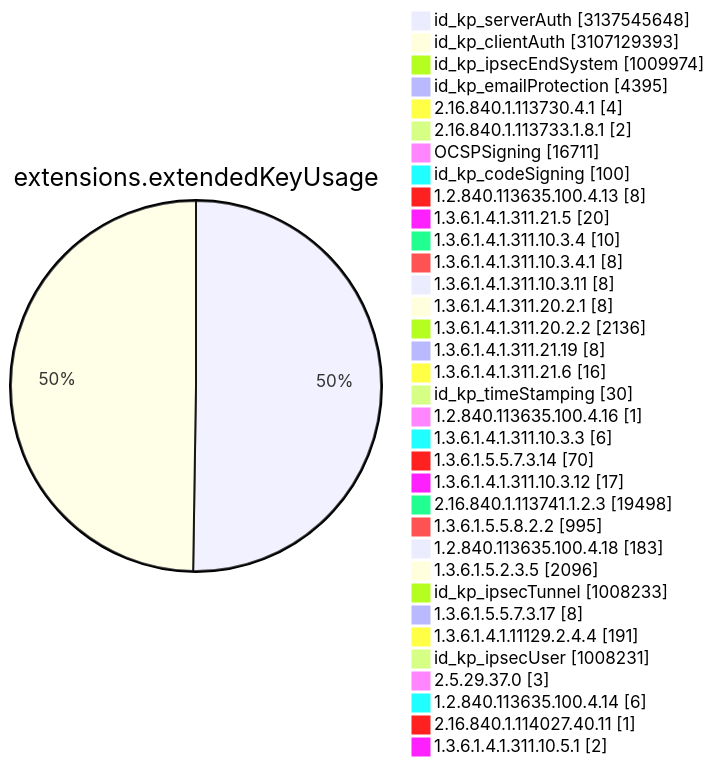
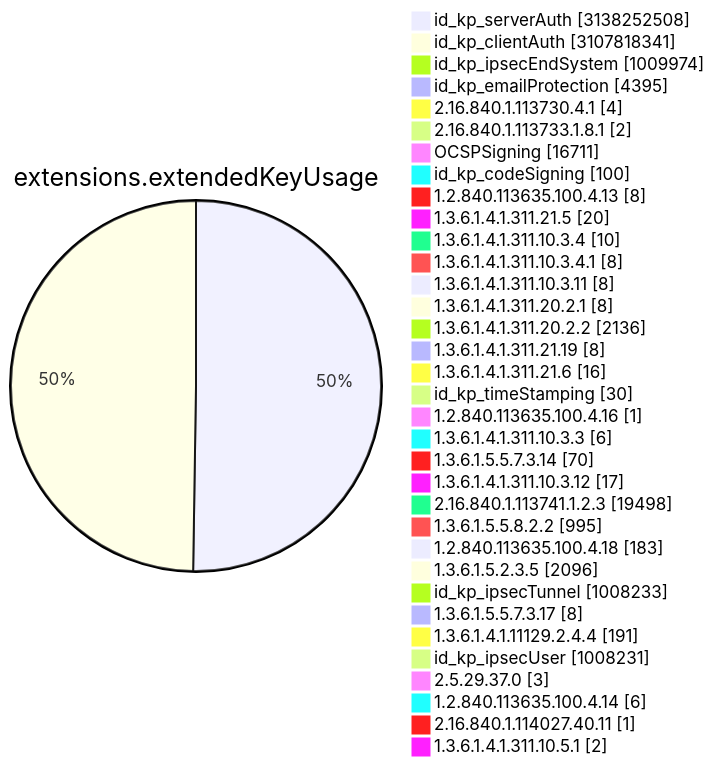
Diagram 11 of 15 in TOTAL/README.md (christiankrug/ctmonitor_visualization), drawn with Mermaid before and after one commit. The commit also changed other lines of this file, not shown here.

````diff
--- a/TOTAL/README.md
+++ b/TOTAL/README.md
@@ -4119,38 +4119,38 @@
 ```mermaid
 pie showData
 title extensions.extendedKeyUsage
-"id_kp_serverAuth" :3137545648
-"id_kp_clientAuth" :3107129393
+"id_kp_serverAuth" :3138252508
+"id_kp_clientAuth" :3107818341
 "id_kp_ipsecEndSystem" :1009974
 "id_kp_emailProtection" :4395
 "2.16.840.1.113730.4.1" :4
 "2.16.840.1.113733.1.8.1" :2
 "OCSPSigning" :16711
 "id_kp_codeSigning" :100
 "1.2.840.113635.100.4.13" :8
 "1.3.6.1.4.1.311.21.5" :20
 "1.3.6.1.4.1.311.10.3.4" :10
 "1.3.6.1.4.1.311.10.3.4.1" :8
 "1.3.6.1.4.1.311.10.3.11" :8
 "1.3.6.1.4.1.311.20.2.1" :8
 "1.3.6.1.4.1.311.20.2.2" :2136
 "1.3.6.1.4.1.311.21.19" :8
 "1.3.6.1.4.1.311.21.6" :16
 "id_kp_timeStamping" :30
 "1.2.840.113635.100.4.16" :1
 "1.3.6.1.4.1.311.10.3.3" :6
 "1.3.6.1.5.5.7.3.14" :70
 "1.3.6.1.4.1.311.10.3.12" :17
 "2.16.840.1.113741.1.2.3" :19498
 "1.3.6.1.5.5.8.2.2" :995
 "1.2.840.113635.100.4.18" :183
 "1.3.6.1.5.2.3.5" :2096
 "id_kp_ipsecTunnel" :1008233
 "1.3.6.1.5.5.7.3.17" :8
 "1.3.6.1.4.1.11129.2.4.4" :191
 "id_kp_ipsecUser" :1008231
 "2.5.29.37.0" :3
 "1.2.840.113635.100.4.14" :6
 "2.16.840.1.114027.40.11" :1
 "1.3.6.1.4.1.311.10.5.1" :2
 ```
````
